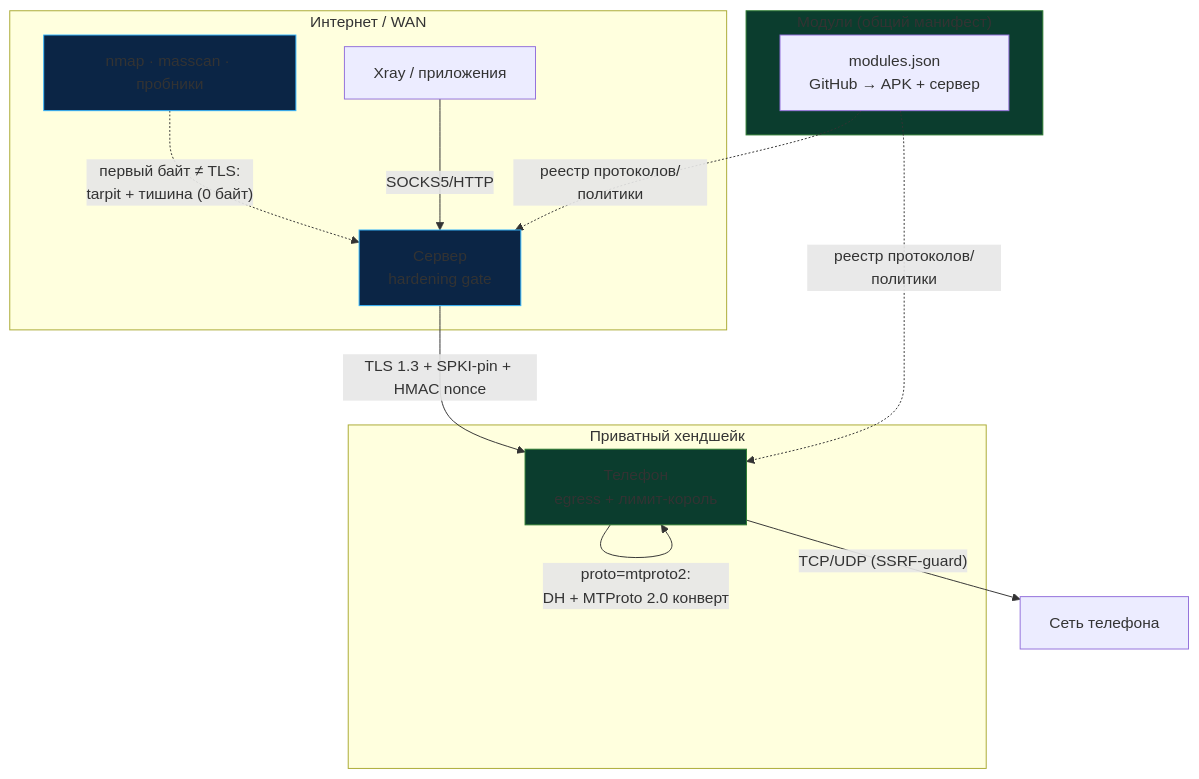
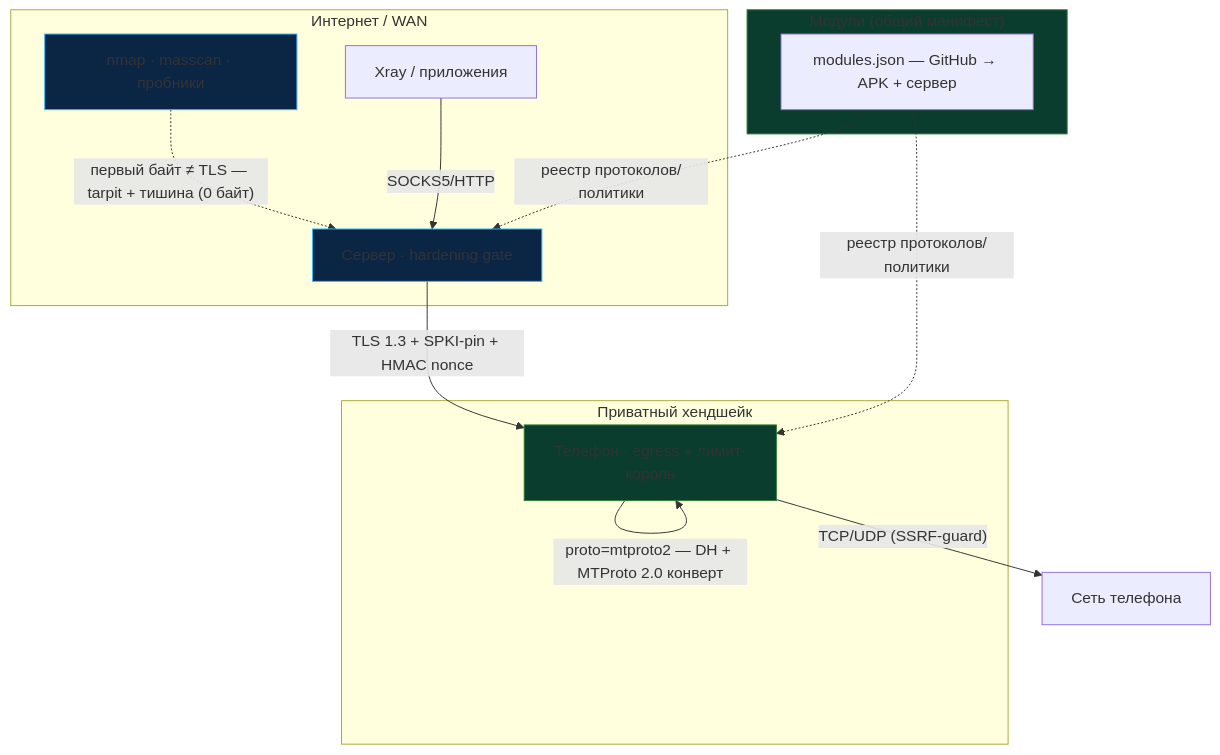
One commit to stelgen/reverseray changed the second of 2 diagrams in README.md. Above: the diagram before and after it, drawn with Mermaid. The commit also changed other lines of this file and 41 other files, not shown here.

````diff
--- a/README.md
+++ b/README.md
@@ -202,21 +74,21 @@
 ```mermaid
 flowchart TB
     subgraph WAN["Интернет / WAN"]
-        SCAN["nmap · masscan · пробники"] -. "первый байт ≠ TLS:<br/>tarpit + тишина (0 байт)" .-> S
+        SCAN["nmap · masscan · пробники"] -. "первый байт ≠ TLS — tarpit + тишина (0 байт)" .-> S
         A["Xray / приложения"] -- "SOCKS5/HTTP" --> S
     end
     subgraph TLS["Приватный хендшейк"]
-        S[Сервер<br/>hardening gate] -- "TLS 1.3 + SPKI-pin + HMAC nonce" --> P
-        P -- "proto=mtproto2:<br/>DH + MTProto 2.0 конверт" --> P
+        S["Сервер · hardening gate"] -- "TLS 1.3 + SPKI-pin + HMAC nonce" --> P
+        P -- "proto=mtproto2 — DH + MTProto 2.0 конверт" --> P
     end
-    P[Телефон<br/>egress + лимит-король] -- "TCP/UDP (SSRF-guard)" --> N[Сеть телефона]
+    P["Телефон · egress + лимит-король"] -- "TCP/UDP (SSRF-guard)" --> N["Сеть телефона"]
     subgraph MODS["Модули (общий манифест)"]
-        M["modules.json<br/>GitHub → APK + сервер"]
+        M["modules.json — GitHub → APK + сервер"]
     end
     M -. "реестр протоколов/политики" .-> S
     M -. "реестр протоколов/политики" .-> P
     classDef server fill:#0b2545,stroke:#35B6FF
     classDef phone fill:#0b3d2e,stroke:#2E7D32
     class S,SCAN server
     class P,MODS phone
 ```
````
